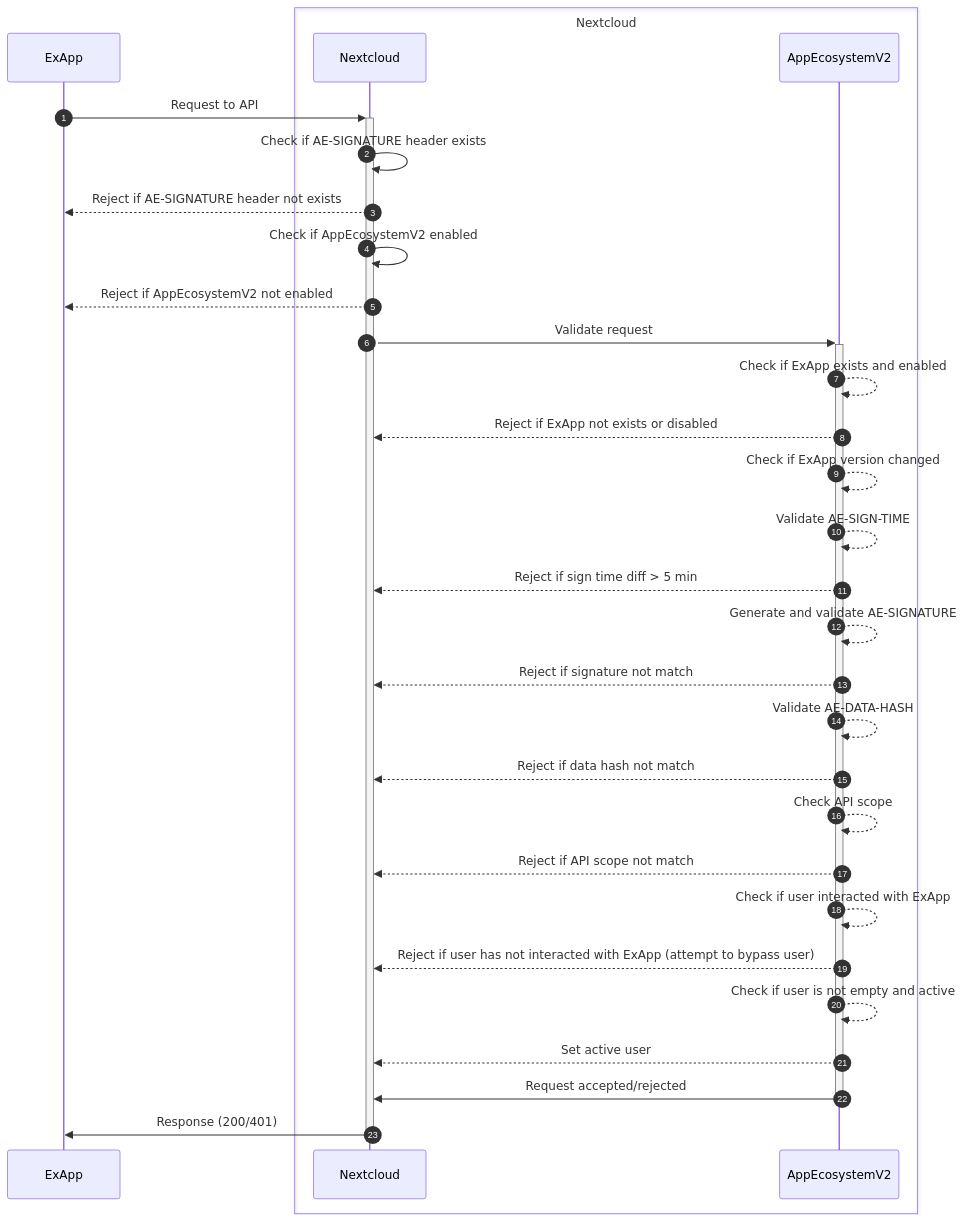
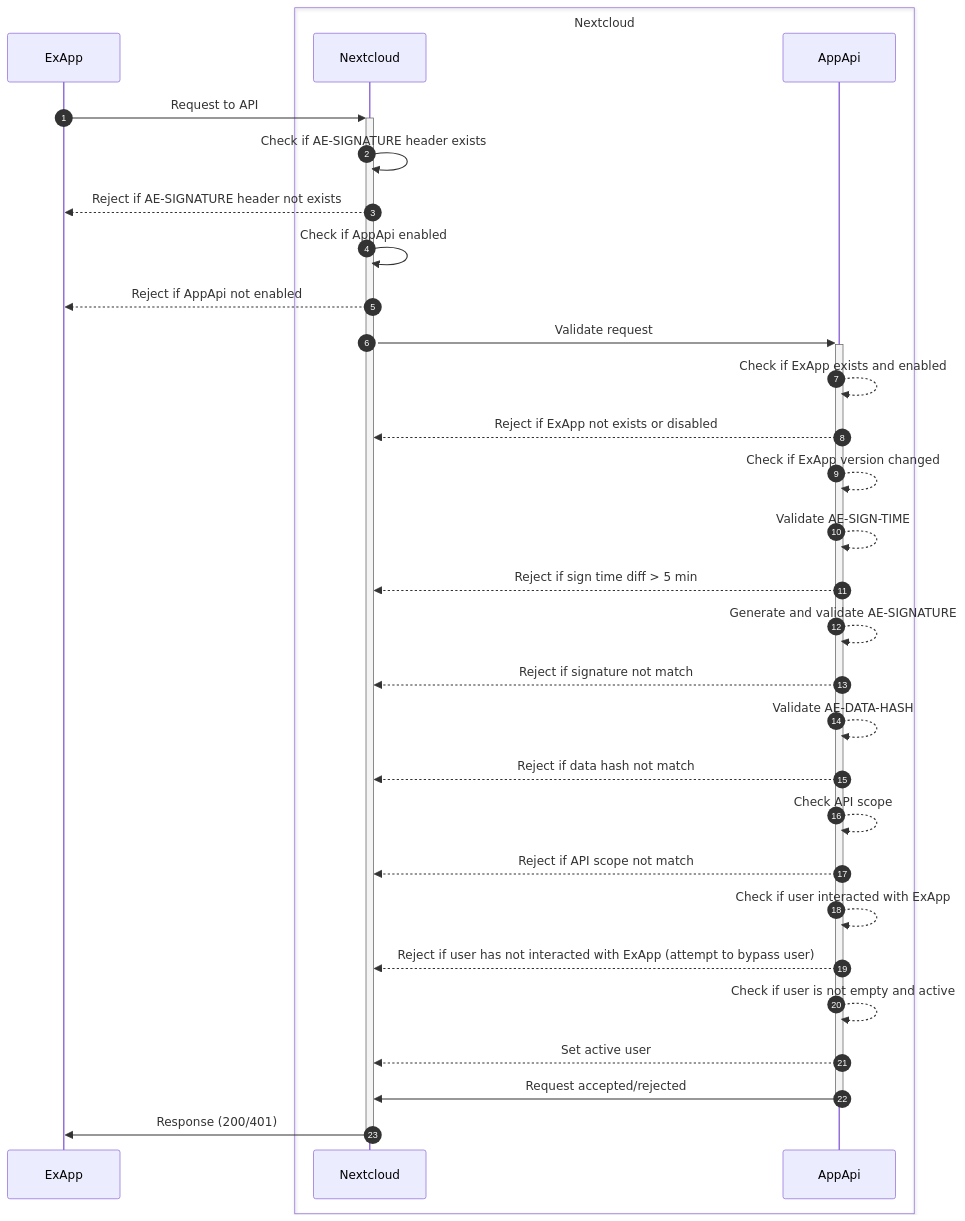
One commit to nextcloud/app_api changed the second of 2 diagrams in docs/tech_details/Authentication.rst. Above: the diagram before and after it, drawn with Mermaid. The commit also changed other lines of this file and 42 other files, not shown here.

```diff
--- a/docs/tech_details/Authentication.rst
+++ b/docs/tech_details/Authentication.rst
@@ -66,33 +66,33 @@
 .. mermaid::
 	:zoom:
 
 	sequenceDiagram
 		autonumber
 		participant ExApp
 		box Nextcloud
 			participant Nextcloud
-			participant AppEcosystemV2
+			participant AppApi
 		end
 		ExApp->>+Nextcloud: Request to API
 		Nextcloud->>Nextcloud: Check if AE-SIGNATURE header exists
 		Nextcloud-->>ExApp: Reject if AE-SIGNATURE header not exists
-		Nextcloud->>Nextcloud: Check if AppEcosystemV2 enabled
-		Nextcloud-->>ExApp: Reject if AppEcosystemV2 not enabled
-		Nextcloud->>+AppEcosystemV2: Validate request
-		AppEcosystemV2-->>AppEcosystemV2: Check if ExApp exists and enabled
-		AppEcosystemV2-->>Nextcloud: Reject if ExApp not exists or disabled
-		AppEcosystemV2-->>AppEcosystemV2: Check if ExApp version changed
-		AppEcosystemV2-->>AppEcosystemV2: Validate AE-SIGN-TIME
-		AppEcosystemV2-->>Nextcloud: Reject if sign time diff > 5 min
-		AppEcosystemV2-->>AppEcosystemV2: Generate and validate AE-SIGNATURE
-		AppEcosystemV2-->>Nextcloud: Reject if signature not match
-		AppEcosystemV2-->>AppEcosystemV2: Validate AE-DATA-HASH
-		AppEcosystemV2-->>Nextcloud: Reject if data hash not match
-		AppEcosystemV2-->>AppEcosystemV2: Check API scope
-		AppEcosystemV2-->>Nextcloud: Reject if API scope not match
-		AppEcosystemV2-->>AppEcosystemV2: Check if user interacted with ExApp
-		AppEcosystemV2-->>Nextcloud: Reject if user has not interacted with ExApp (attempt to bypass user)
-		AppEcosystemV2-->>AppEcosystemV2: Check if user is not empty and active
-		AppEcosystemV2-->>Nextcloud: Set active user
-		AppEcosystemV2->>-Nextcloud: Request accepted/rejected
+		Nextcloud->>Nextcloud: Check if AppApi enabled
+		Nextcloud-->>ExApp: Reject if AppApi not enabled
+		Nextcloud->>+AppApi: Validate request
+		AppApi-->>AppApi: Check if ExApp exists and enabled
+		AppApi-->>Nextcloud: Reject if ExApp not exists or disabled
+		AppApi-->>AppApi: Check if ExApp version changed
+		AppApi-->>AppApi: Validate AE-SIGN-TIME
+		AppApi-->>Nextcloud: Reject if sign time diff > 5 min
+		AppApi-->>AppApi: Generate and validate AE-SIGNATURE
+		AppApi-->>Nextcloud: Reject if signature not match
+		AppApi-->>AppApi: Validate AE-DATA-HASH
+		AppApi-->>Nextcloud: Reject if data hash not match
+		AppApi-->>AppApi: Check API scope
+		AppApi-->>Nextcloud: Reject if API scope not match
+		AppApi-->>AppApi: Check if user interacted with ExApp
+		AppApi-->>Nextcloud: Reject if user has not interacted with ExApp (attempt to bypass user)
+		AppApi-->>AppApi: Check if user is not empty and active
+		AppApi-->>Nextcloud: Set active user
+		AppApi->>-Nextcloud: Request accepted/rejected
 		Nextcloud->>-ExApp: Response (200/401)
```
